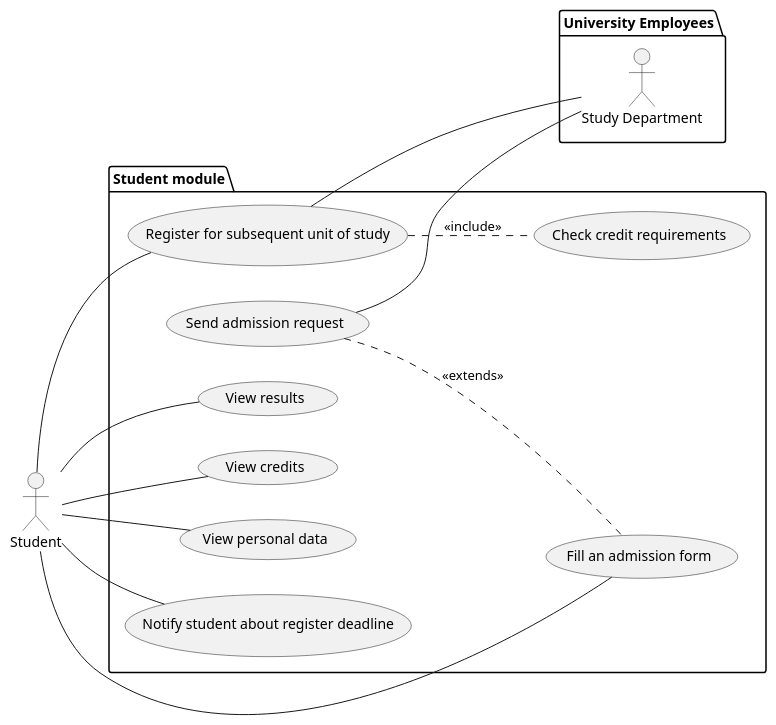
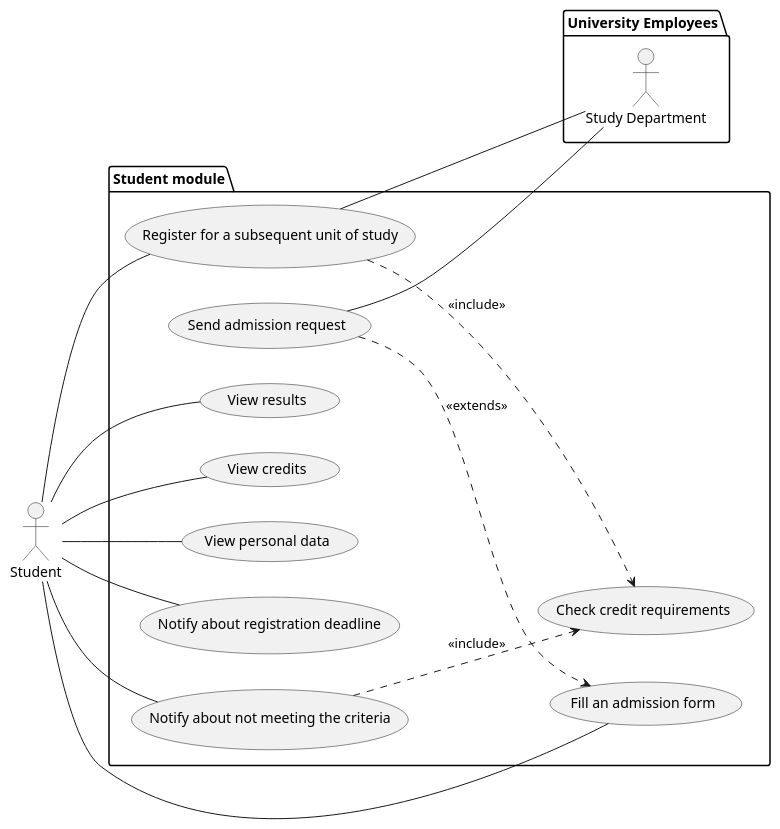
One commit to luk27official/NSWI041 changed the first of 5 diagrams in requirements.md. Above: the diagram before and after it, drawn with PlantUML. The commit also changed other lines of this file, not shown here.

````diff
--- a/requirements.md
+++ b/requirements.md
@@ -74,34 +77,37 @@
 ```plantuml
 @startuml
 left to right direction
 
 actor Student as s
 
 package "University Employees" {
   actor "Study Department" as sd
 }
 
 package "Student module" {
-  usecase "Register for subsequent unit of study" as SignUp
+  usecase "Register for a subsequent unit of study" as Register
   usecase "Fill an admission form" as fillAdmissionForm
   usecase "Send admission request" as sendAdmissionRequest
   usecase "Check credit requirements" as CheckCredits
   usecase "View results" as ViewResultsUC
   usecase "View credits" as ViewCreditsUC
   usecase "View personal data" as ViewPersonalData
-  usecase "Notify student about register deadline" as NotifySignUpDeadline
+  usecase "Notify about registration deadline" as NotifyRegisterDeadline
+  usecase "Notify about not meeting the criteria" as NotifyCriteria
 }
 
 s -- fillAdmissionForm
-sendAdmissionRequest .. fillAdmissionForm : <<extends>>
-SignUp .. CheckCredits : <<include>>
-SignUp -- sd
+sendAdmissionRequest ..> fillAdmissionForm : <<extends>>
+Register ..> CheckCredits : <<include>>
+Register -- sd
 sendAdmissionRequest -- sd
-s -- SignUp
+s -- Register
 s -- ViewResultsUC
 s -- ViewCreditsUC
 s -- ViewPersonalData
-s -- NotifySignUpDeadline
+s -- NotifyRegisterDeadline
+s -- NotifyCriteria
+NotifyCriteria ..> CheckCredits : <<include>>
 
 @enduml
 ```
````
